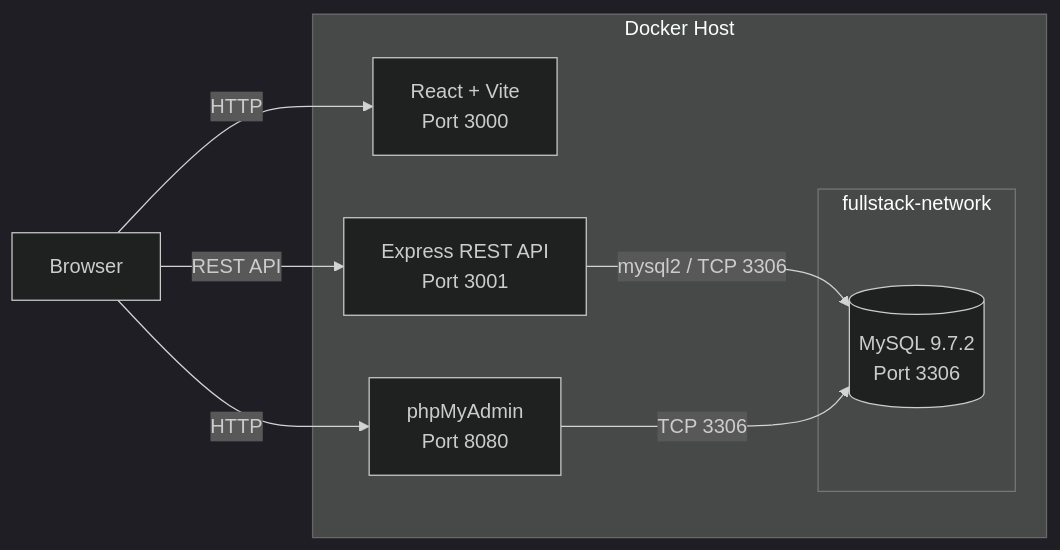
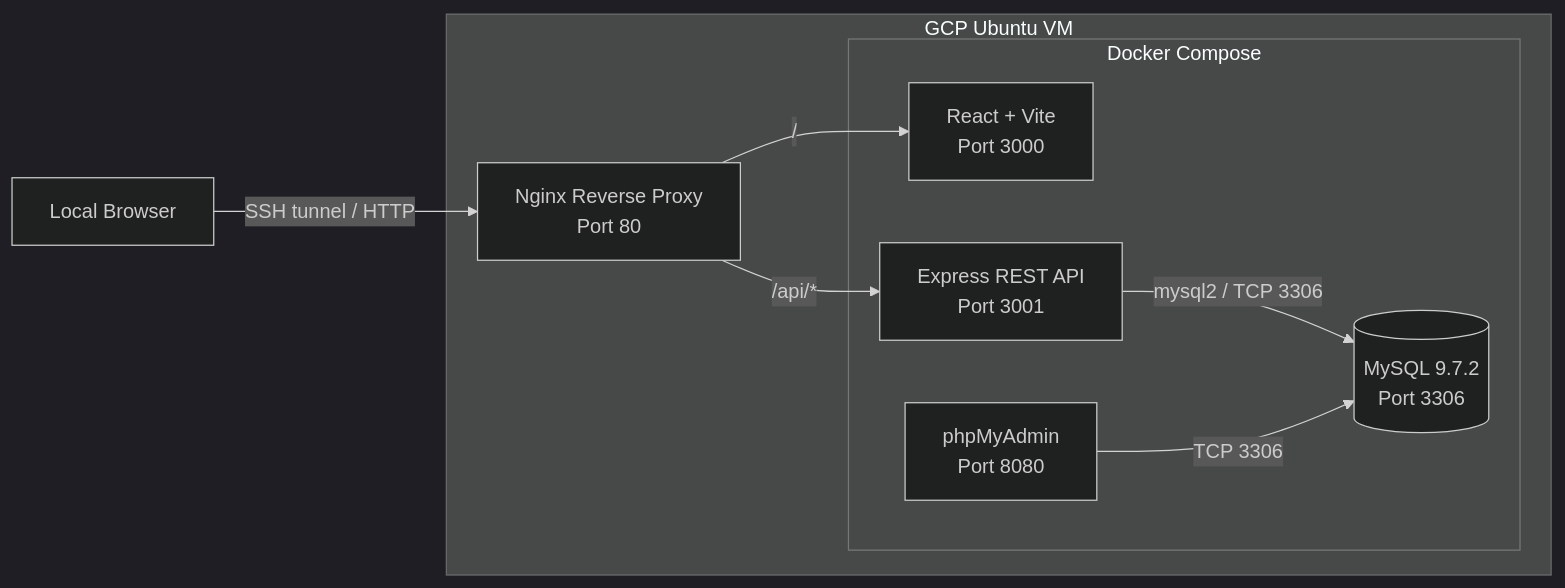
The diagram in README.md (DerbSwag/fullstack-docker-compose), drawn with Mermaid (dark theme) before and after one commit. The commit also changed other lines of this file, not shown here.

Commit message:
docs: update README for nginx reverse proxy architecture

````diff
--- a/README.md
+++ b/README.md
@@ -30,20 +33,21 @@
 ```mermaid
 flowchart LR
-    Browser[Browser]
+    Browser[Local Browser]
 
-    subgraph Host[Docker Host]
-        Frontend[React + Vite\nPort 3000]
-        Backend[Express REST API\nPort 3001]
-        PMA[phpMyAdmin\nPort 8080]
+    subgraph VM[GCP Ubuntu VM]
+        Nginx[Nginx Reverse Proxy<br/>Port 80]
 
-        subgraph DockerNetwork[fullstack-network]
-            MySQL[(MySQL 9.7.2\nPort 3306)]
+        subgraph Compose[Docker Compose]
+            Frontend[React + Vite<br/>Port 3000]
+            Backend[Express REST API<br/>Port 3001]
+            PMA[phpMyAdmin<br/>Port 8080]
+            MySQL[(MySQL 9.7.2<br/>Port 3306)]
         end
     end
 
-    Browser -->|HTTP| Frontend
-    Browser -->|REST API| Backend
-    Browser -->|HTTP| PMA
+    Browser -->|SSH tunnel / HTTP| Nginx
+    Nginx -->|/| Frontend
+    Nginx -->|/api/*| Backend
     Backend -->|mysql2 / TCP 3306| MySQL
     PMA -->|TCP 3306| MySQL
 ```
````
